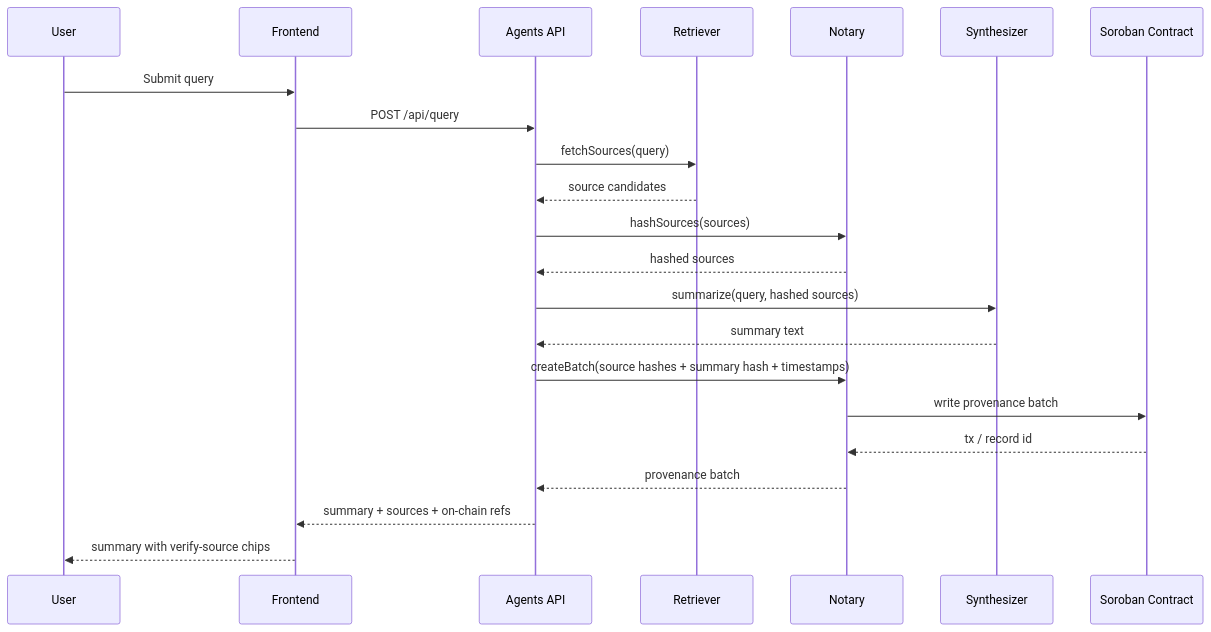
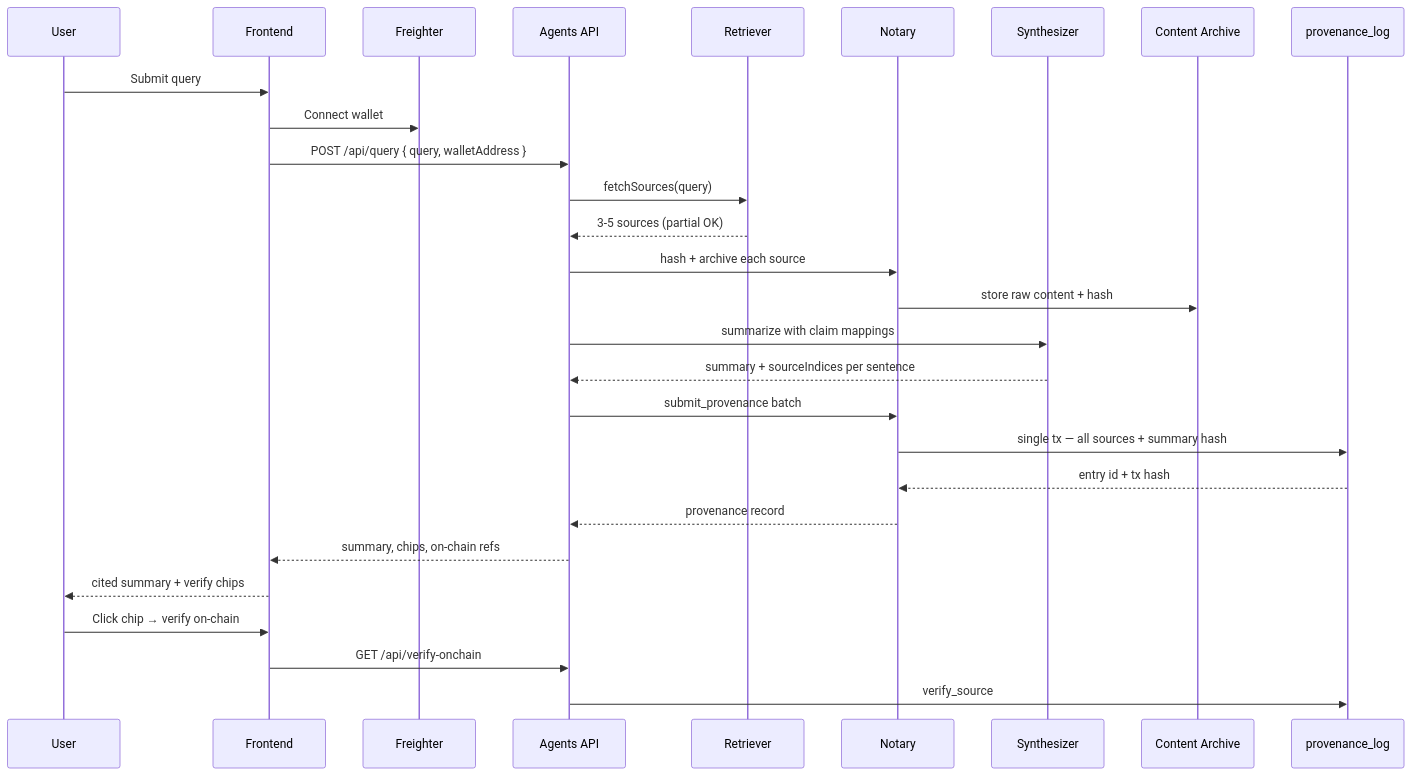
Before and after one commit to abdulahaddayater/ProvenanceBot: the diagram in docs/architecture.md, drawn with Mermaid. The commit also changed other lines of this file and 15 other files, not shown here.

````diff
--- a/docs/architecture.md
+++ b/docs/architecture.md
@@ -15,25 +15,31 @@
 ```mermaid
 sequenceDiagram
   participant U as User
   participant FE as Frontend
+  participant W as Freighter
   participant API as Agents API
   participant R as Retriever
   participant N as Notary
   participant S as Synthesizer
-  participant C as Soroban Contract
+  participant A as Content Archive
+  participant C as provenance_log
 
   U->>FE: Submit query
-  FE->>API: POST /api/query
+  FE->>W: Connect wallet
+  FE->>API: POST /api/query { query, walletAddress }
   API->>R: fetchSources(query)
-  R-->>API: source candidates
-  API->>N: hashSources(sources)
-  N-->>API: hashed sources
-  API->>S: summarize(query, hashed sources)
-  S-->>API: summary text
-  API->>N: createBatch(source hashes + summary hash + timestamps)
-  N->>C: write provenance batch
-  C-->>N: tx / record id
-  N-->>API: provenance batch
-  API-->>FE: summary + sources + on-chain refs
-  FE-->>U: summary with verify-source chips
+  R-->>API: 3-5 sources (partial OK)
+  API->>N: hash + archive each source
+  N->>A: store raw content + hash
+  API->>S: summarize with claim mappings
+  S-->>API: summary + sourceIndices per sentence
+  API->>N: submit_provenance batch
+  N->>C: single tx — all sources + summary hash
+  C-->>N: entry id + tx hash
+  N-->>API: provenance record
+  API-->>FE: summary, chips, on-chain refs
+  FE-->>U: cited summary + verify chips
+  U->>FE: Click chip → verify on-chain
+  FE->>API: GET /api/verify-onchain
+  API->>C: verify_source
 ```
````
